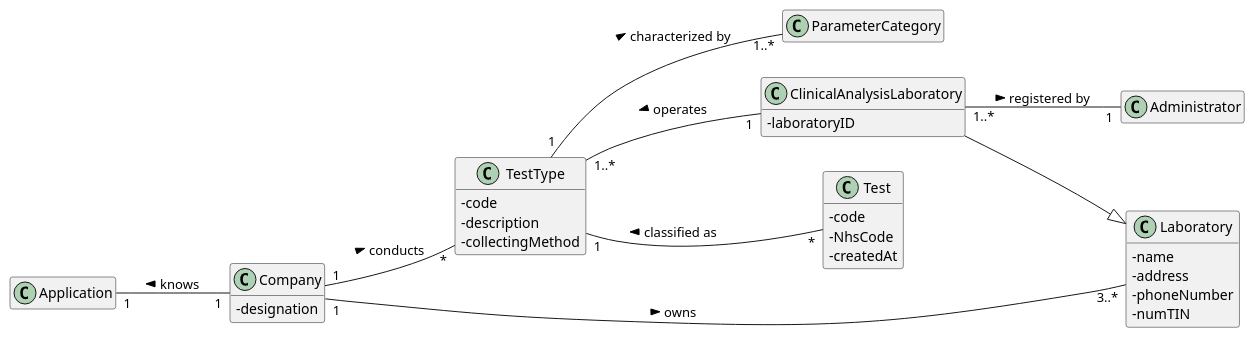
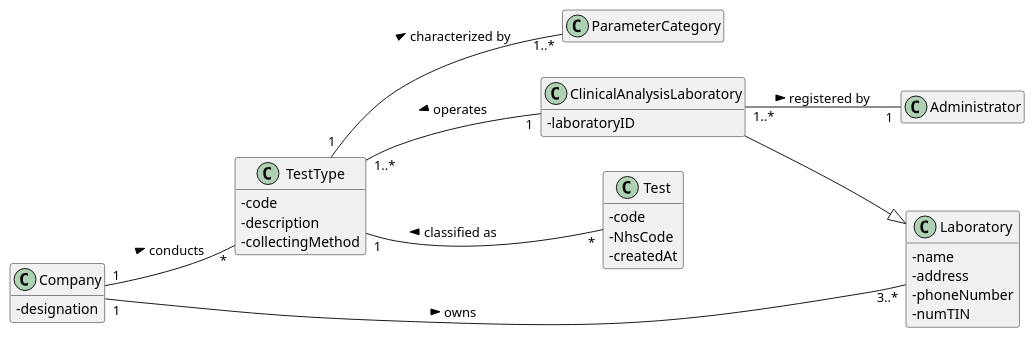
Before and after one commit to ana-albergaria/LAPR2-ISEP: the diagram in docs/SprintB/US_8/US8_DM.puml, drawn with PlantUML. The commit also changed 4 other files, not shown here.

```diff
--- a/docs/SprintB/US_8/US8_DM.puml
+++ b/docs/SprintB/US_8/US8_DM.puml
@@ -1,83 +1,83 @@
 @startuml
 
 skinparam classAttributeIconSize 0
 hide empty methods
 hide empty attributes
 left to right direction
 
 class Laboratory {
 - name
 - address
 - phoneNumber
 - numTIN
 }
 
 /'
 class Employee {
 - employeeID
 - organizationRole
 - name
 - address
 - phoneNumber
 - e-Mail
 - standardOccupationalClassificationCode
 }'/
 
 class Test{
 - code
 - NhsCode
 - createdAt
 }
 
 class ClinicalAnalysisLaboratory{
 - laboratoryID
 }
 
-class Application{}
+/'class Application{}'/
 
 class TestType{
 - code
 - description
 - collectingMethod
 }
 
 class Company{
 - designation
 }
 
 class Administrator{}
 
 together {
 class TestType
 class Laboratory
 }
 
 Company -[hidden]-> TestType
 Company -[hidden]-> Laboratory
 
 
 /' LAYOUT PURPOSES '/
 ClinicalAnalysisLaboratory -[hidden]down-> Laboratory
 Test -[hidden]up-> TestType
 ClinicalAnalysisLaboratory -[hidden]up-> TestType
 
 
 /' END OF LAYOUT PURPOSES '/
 
 Company "1" -- "3..*" Laboratory : owns >
 /'ClinicalAnalysisLaboratory "1" -- "1" Laboratory : is of >'/
 /'Employee "1..*" - "1" Company : works for >'/
 Company "1" -- "*" TestType : conducts >
 
 /' MUDAR SENTIDO DA SETA? POR CAUSA DO RATIONALE '/
-Application "1" -- "1" Company : knows <
+/'Application "1" -- "1" Company : knows <'/
 Test "*" -- "1" TestType : classified as >
 ClinicalAnalysisLaboratory "1" -- "1..*" TestType : operates >
 ClinicalAnalysisLaboratory "1..*" -- "1" Administrator : registered by >
 TestType "1" -- "1..*" ParameterCategory : characterized by >
 
 Laboratory <|-- ClinicalAnalysisLaboratory
 
 
 
 @enduml
```
